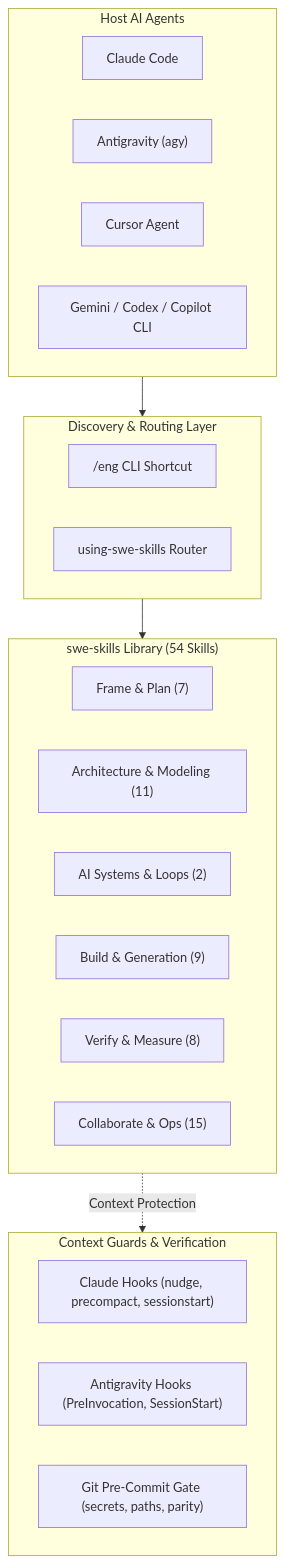
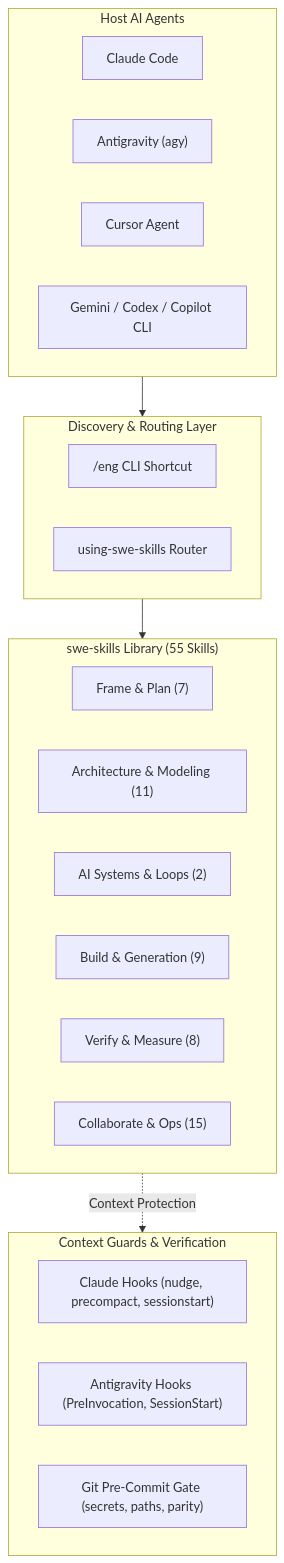
The diagram in docs/usermanual/README.md (bsommers/swe-skills-2), drawn with Mermaid before and after one commit. The commit also changed other lines of this file and 9 other files, not shown here.

````diff
--- a/docs/usermanual/README.md
+++ b/docs/usermanual/README.md
@@ -36,33 +36,33 @@
 ```mermaid
 flowchart TD
     subgraph AgentHosts["Host AI Agents"]
         Claude["Claude Code"]
         Agy["Antigravity (agy)"]
         Cursor["Cursor Agent"]
         Other["Gemini / Codex / Copilot CLI"]
     end
 
     subgraph RouterLayer["Discovery & Routing Layer"]
         Eng["/eng CLI Shortcut"]
         UsingSwe["using-swe-skills Router"]
     end
 
-    subgraph SkillSuite["swe-skills Library (54 Skills)"]
+    subgraph SkillSuite["swe-skills Library (55 Skills)"]
         Plan["Frame & Plan (7)"]
         Arch["Architecture & Modeling (11)"]
         AI["AI Systems & Loops (2)"]
         Build["Build & Generation (9)"]
         Verify["Verify & Measure (8)"]
         Ops["Collaborate & Ops (15)"]
     end
 
     subgraph RuntimeHooks["Context Guards & Verification"]
         ClaudeHooks["Claude Hooks (nudge, precompact, sessionstart)"]
         AgyHooks["Antigravity Hooks (PreInvocation, SessionStart)"]
         GitHooks["Git Pre-Commit Gate (secrets, paths, parity)"]
     end
 
     AgentHosts --> RouterLayer
     RouterLayer --> SkillSuite
     SkillSuite -. Context Protection .-> RuntimeHooks
 ```
````
